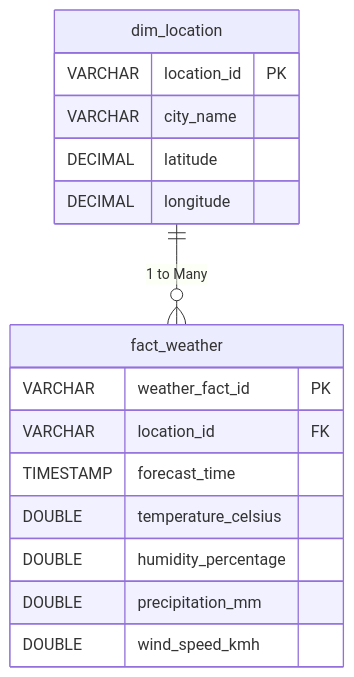
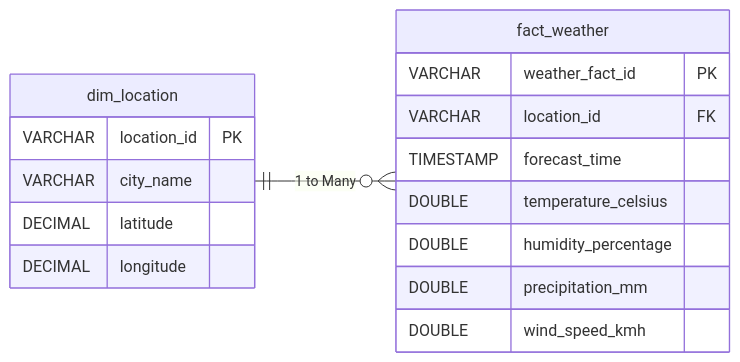
Before and after one commit to roshy1234/weather-data-pipeline-duckdb: the second of 2 diagrams in README.md, drawn with Mermaid. The commit also changed other lines of this file, not shown here.

````diff
--- a/README.md
+++ b/README.md
@@ -62,21 +62,22 @@
 ```mermaid
 erDiagram
+    direction LR
     dim_location ||--o{ fact_weather : "1 to Many"
 
     dim_location {
         VARCHAR location_id PK
         VARCHAR city_name
         DECIMAL latitude
         DECIMAL longitude
     }
 
     fact_weather {
         VARCHAR weather_fact_id PK
         VARCHAR location_id FK
         TIMESTAMP forecast_time
         DOUBLE temperature_celsius
         DOUBLE humidity_percentage
         DOUBLE precipitation_mm
         DOUBLE wind_speed_kmh
     }
 ```
````
